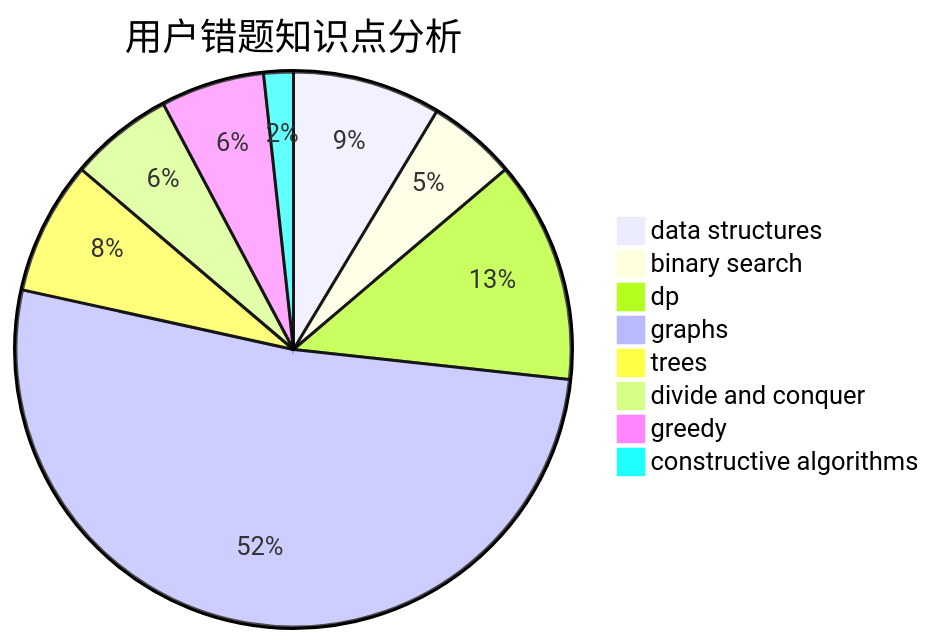
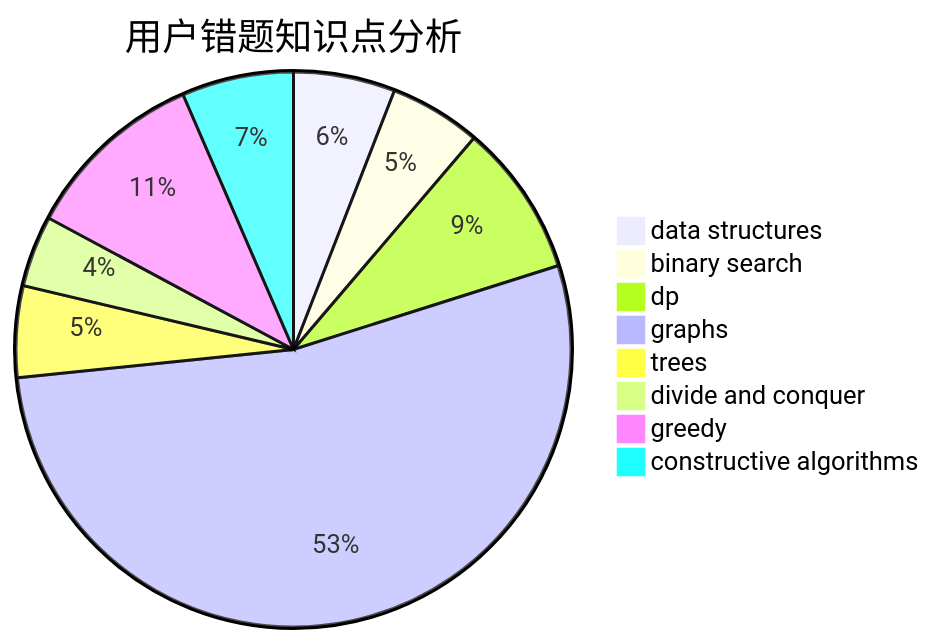
Before and after one commit to sherpahu/cfrs.github.io: the third of 3 diagrams in docs/user/u1299.md, drawn with Mermaid. The commit also changed other lines of this file and 2770 other files, not shown here.

````diff
--- a/docs/user/u1299.md
+++ b/docs/user/u1299.md
@@ -36,11 +36,11 @@
 ```mermaid
 pie title 用户错题知识点分析
     "data structures" :  10
-    "binary search" :  6
+    "binary search" :  9
     "dp" :  15
-    "graphs" :  60
+    "graphs" :  90
     "trees" :  9
     "divide and conquer" :  7
-    "greedy" :  7
-    "constructive algorithms" :  2
+    "greedy" :  18
+    "constructive algorithms" :  11
 ```
````
